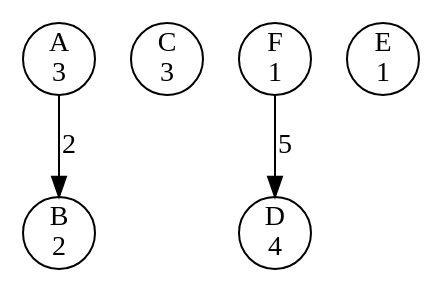
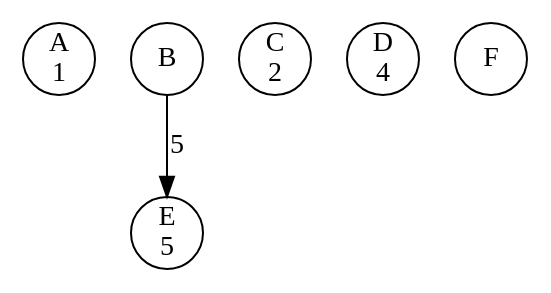
Before and after one commit to li23179/GO: the diagram in concurrency-lab-2/bank/out/0000000008.gv, drawn with Graphviz. The commit also changed 76 other files, not shown here.

```diff
--- a/concurrency-lab-2/bank/out/0000000008.gv
+++ b/concurrency-lab-2/bank/out/0000000008.gv
@@ -1,10 +1,9 @@
 digraph bank {
-	 0 [label= "A\n3" , pos= "1,0!" , shape=circle, fixedsize=true, width=0.5 ]
-	 1 [label= "B\n2" , pos= "0,1!" , shape=circle, fixedsize=true, width=0.5 ]
-	 2 [label= "C\n3" , pos= "1,2!" , shape=circle, fixedsize=true, width=0.5 ]
+	 0 [label= "A\n1" , pos= "1,0!" , shape=circle, fixedsize=true, width=0.5 ]
+	 1 [label= "B\n" , pos= "0,1!" , shape=circle, fixedsize=true, width=0.5 ]
+	 2 [label= "C\n2" , pos= "1,2!" , shape=circle, fixedsize=true, width=0.5 ]
 	 3 [label= "D\n4" , pos= "2,2!" , shape=circle, fixedsize=true, width=0.5 ]
-	 4 [label= "E\n1" , pos= "3,1!" , shape=circle, fixedsize=true, width=0.5 ]
-	 5 [label= "F\n1" , pos= "2,0!" , shape=circle, fixedsize=true, width=0.5 ]
-	 "5" -> "3" [label= "5" ]
-	 "0" -> "1" [label= "2" ]
+	 4 [label= "E\n5" , pos= "3,1!" , shape=circle, fixedsize=true, width=0.5 ]
+	 5 [label= "F\n" , pos= "2,0!" , shape=circle, fixedsize=true, width=0.5 ]
+	 "1" -> "4" [label= "5" ]
 }
```
